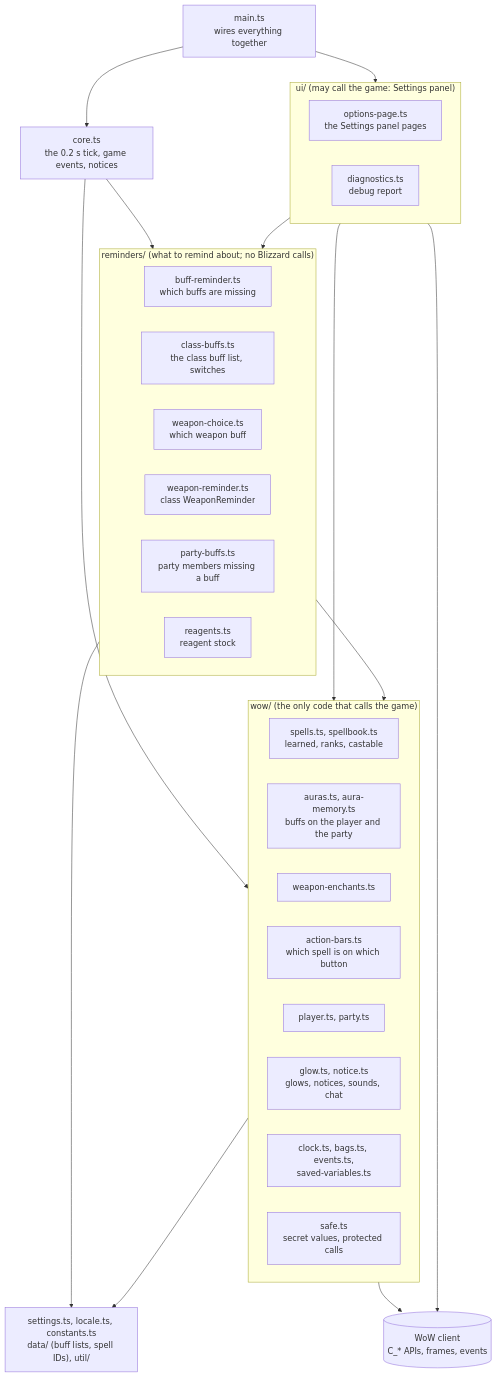
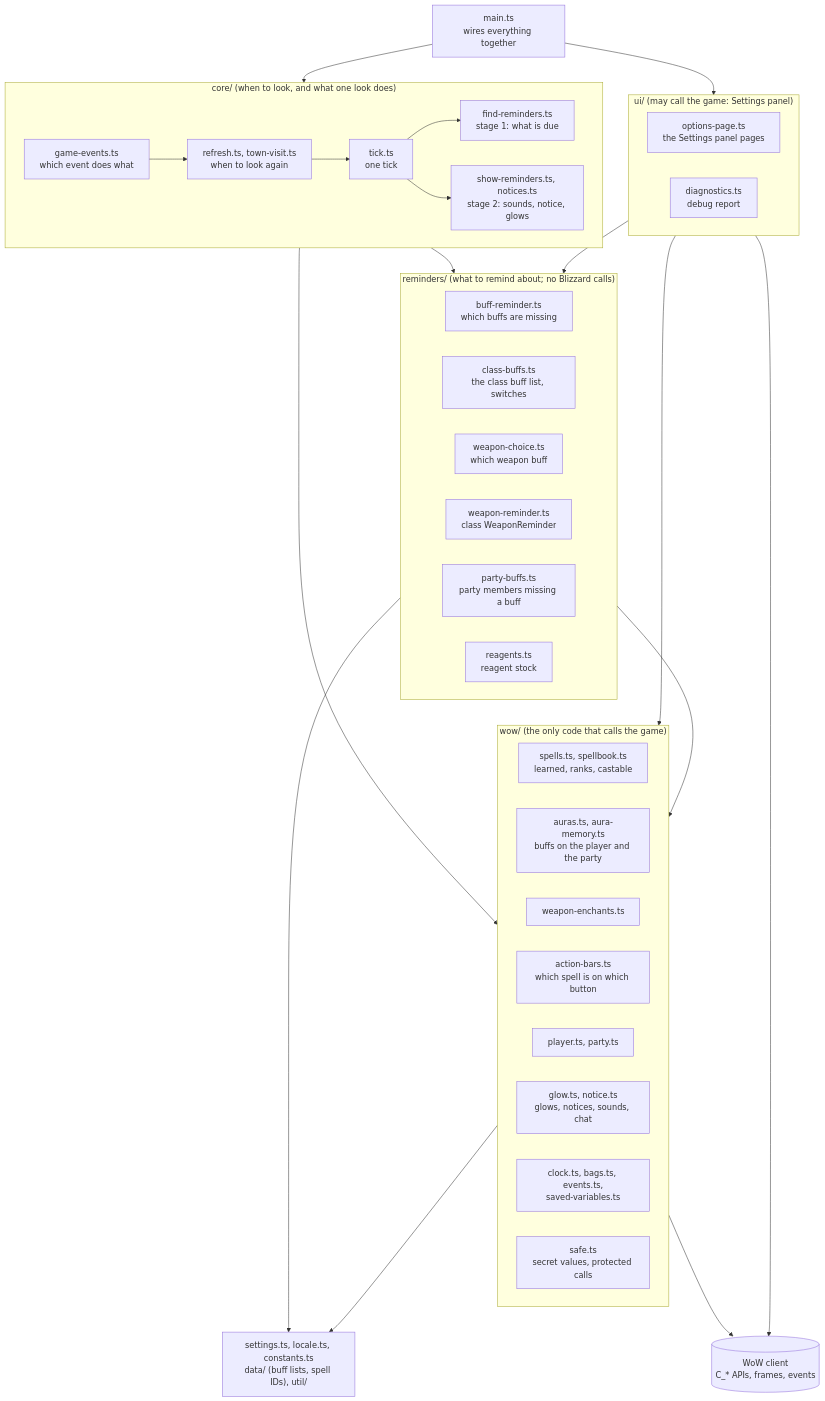
One commit to vattiss/wowkit changed the second of 4 diagrams in docs/architecture.md. Above: the diagram before and after it, drawn with Mermaid. The commit also changed other lines of this file and 12 other files, not shown here.

First line of the commit message:
refactor: split core.ts into a two-stage pipeline and its triggers

````diff
--- a/docs/architecture.md
+++ b/docs/architecture.md
@@ -57,45 +57,55 @@
 ```mermaid
 flowchart TB
     main["main.ts<br/>wires everything together"]
-    core["core.ts<br/>the 0.2 s tick, game events, notices"]
+
+    subgraph core["core/ (when to look, and what one look does)"]
+        gameEvents["game-events.ts<br/>which event does what"]
+        refresh["refresh.ts, town-visit.ts<br/>when to look again"]
+        tick["tick.ts<br/>one tick"]
+        find["find-reminders.ts<br/>stage 1: what is due"]
+        show["show-reminders.ts, notices.ts<br/>stage 2: sounds, notice, glows"]
+        gameEvents --> refresh --> tick
+        tick --> find
+        tick --> show
+    end
 
     subgraph ui["ui/ (may call the game: Settings panel)"]
         optionsPage["options-page.ts<br/>the Settings panel pages"]
         diagnostics["diagnostics.ts<br/>debug report"]
     end
 
     subgraph reminders["reminders/ (what to remind about; no Blizzard calls)"]
         buffReminder["buff-reminder.ts<br/>which buffs are missing"]
         classBuffs["class-buffs.ts<br/>the class buff list, switches"]
         weaponChoice["weapon-choice.ts<br/>which weapon buff"]
         weaponReminder["weapon-reminder.ts<br/>class WeaponReminder"]
         partyBuffs["party-buffs.ts<br/>party members missing a buff"]
         reagents["reagents.ts<br/>reagent stock"]
     end
 
     subgraph wow["wow/ (the only code that calls the game)"]
         spells["spells.ts, spellbook.ts<br/>learned, ranks, castable"]
         auras["auras.ts, aura-memory.ts<br/>buffs on the player and the party"]
         weaponEnchants["weapon-enchants.ts"]
         actionBars["action-bars.ts<br/>which spell is on which button"]
         player["player.ts, party.ts"]
         screen["glow.ts, notice.ts<br/>glows, notices, sounds, chat"]
         misc["clock.ts, bags.ts, events.ts,<br/>saved-variables.ts"]
         safe["safe.ts<br/>secret values, protected calls"]
     end
 
     shared["settings.ts, locale.ts, constants.ts<br/>data/ (buff lists, spell IDs), util/"]
     game[("WoW client<br/>C_* APIs, frames, events")]
 
     main --> core
     main --> ui
     core --> reminders
     core --> wow
     ui --> reminders
     ui --> wow
     reminders --> wow
     reminders --> shared
     wow --> shared
     wow --> game
     ui --> game
 ```
````
